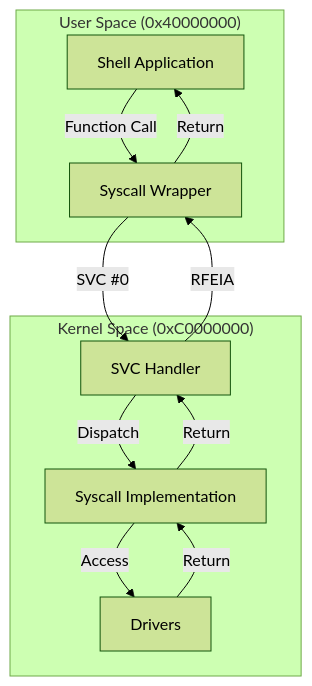
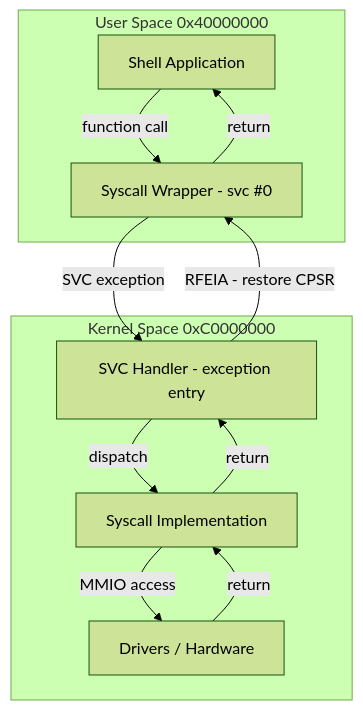
The diagram in VinixOS/docs/08-userspace-application.md (MizuCaster/Vinix-OS), drawn with Mermaid (forest theme) before and after one commit. The commit also changed other lines of this file and 18 other files, not shown here.

````diff
--- a/VinixOS/docs/08-userspace-application.md
+++ b/VinixOS/docs/08-userspace-application.md
@@ -394,22 +323,22 @@
 ```mermaid
 graph TD
-    subgraph "User Space (0x40000000)"
+    subgraph "User Space 0x40000000"
         A[Shell Application]
-        B[Syscall Wrapper]
+        B[Syscall Wrapper - svc #0]
     end
-    
-    subgraph "Kernel Space (0xC0000000)"
-        C[SVC Handler]
+
+    subgraph "Kernel Space 0xC0000000"
+        C[SVC Handler - exception entry]
         D[Syscall Implementation]
-        E[Drivers]
+        E[Drivers / Hardware]
     end
-    
-    A -->|Function Call| B
-    B -->|SVC #0| C
-    C -->|Dispatch| D
-    D -->|Access| E
-    E -->|Return| D
-    D -->|Return| C
-    C -->|RFEIA| B
-    B -->|Return| A
+
+    A -->|function call| B
+    B -->|SVC exception| C
+    C -->|dispatch| D
+    D -->|MMIO access| E
+    E -->|return| D
+    D -->|return| C
+    C -->|RFEIA - restore CPSR| B
+    B -->|return| A
 ```
````
